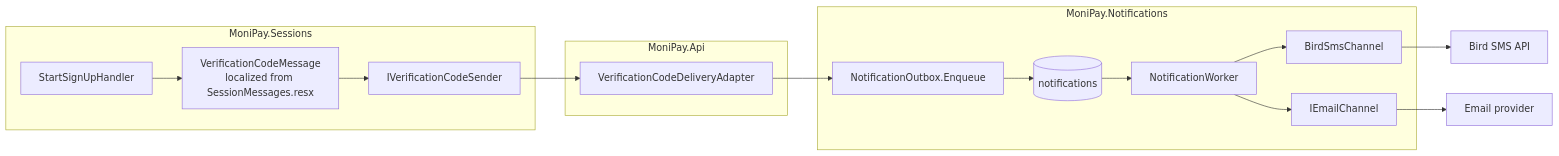
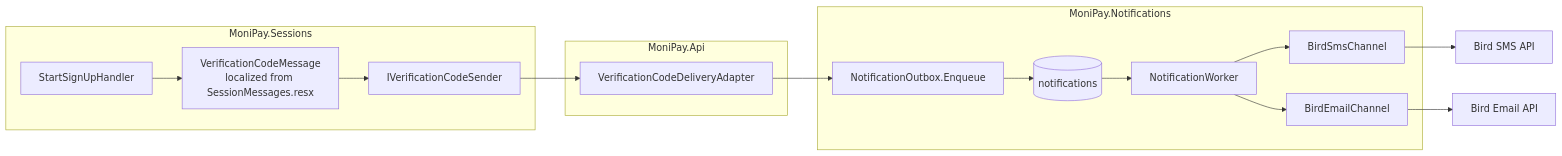
Before and after one commit to GenjiruSUchiwa/moneypay: the diagram in docs/architecture/authentication/notifications.md, drawn with Mermaid. The commit also changed other lines of this file and 14 other files, not shown here.

Commit message:
feat(api): add the Bird email channel as a typed HttpClient (#102)

````diff
--- a/docs/architecture/authentication/notifications.md
+++ b/docs/architecture/authentication/notifications.md
@@ -56,22 +56,22 @@
 ```mermaid
 flowchart LR
     subgraph Sessions[MoniPay.Sessions]
         Start[StartSignUpHandler] --> Compose[VerificationCodeMessage<br/>localized from SessionMessages.resx]
         Compose --> Port[IVerificationCodeSender]
     end
 
     subgraph Api[MoniPay.Api]
         Adapter[VerificationCodeDeliveryAdapter]
     end
 
     subgraph Notifications[MoniPay.Notifications]
         Enqueue[NotificationOutbox.Enqueue] --> Table[(notifications)]
         Table --> Worker[NotificationWorker]
         Worker --> Sms[BirdSmsChannel]
-        Worker --> Email[IEmailChannel]
+        Worker --> Email[BirdEmailChannel]
     end
 
     Port --> Adapter --> Enqueue
-    Sms --> Bird[Bird SMS API]
-    Email --> EmailProvider[Email provider]
+    Sms --> BirdSms[Bird SMS API]
+    Email --> BirdEmail[Bird Email API]
 ```
````
